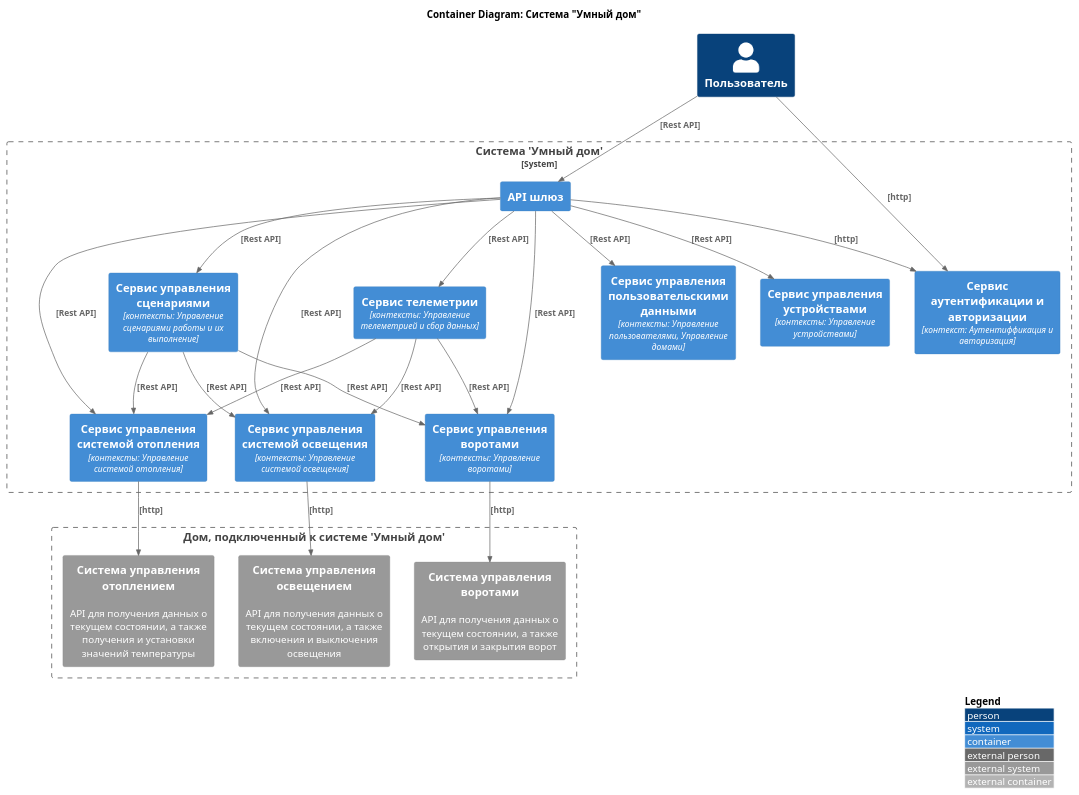
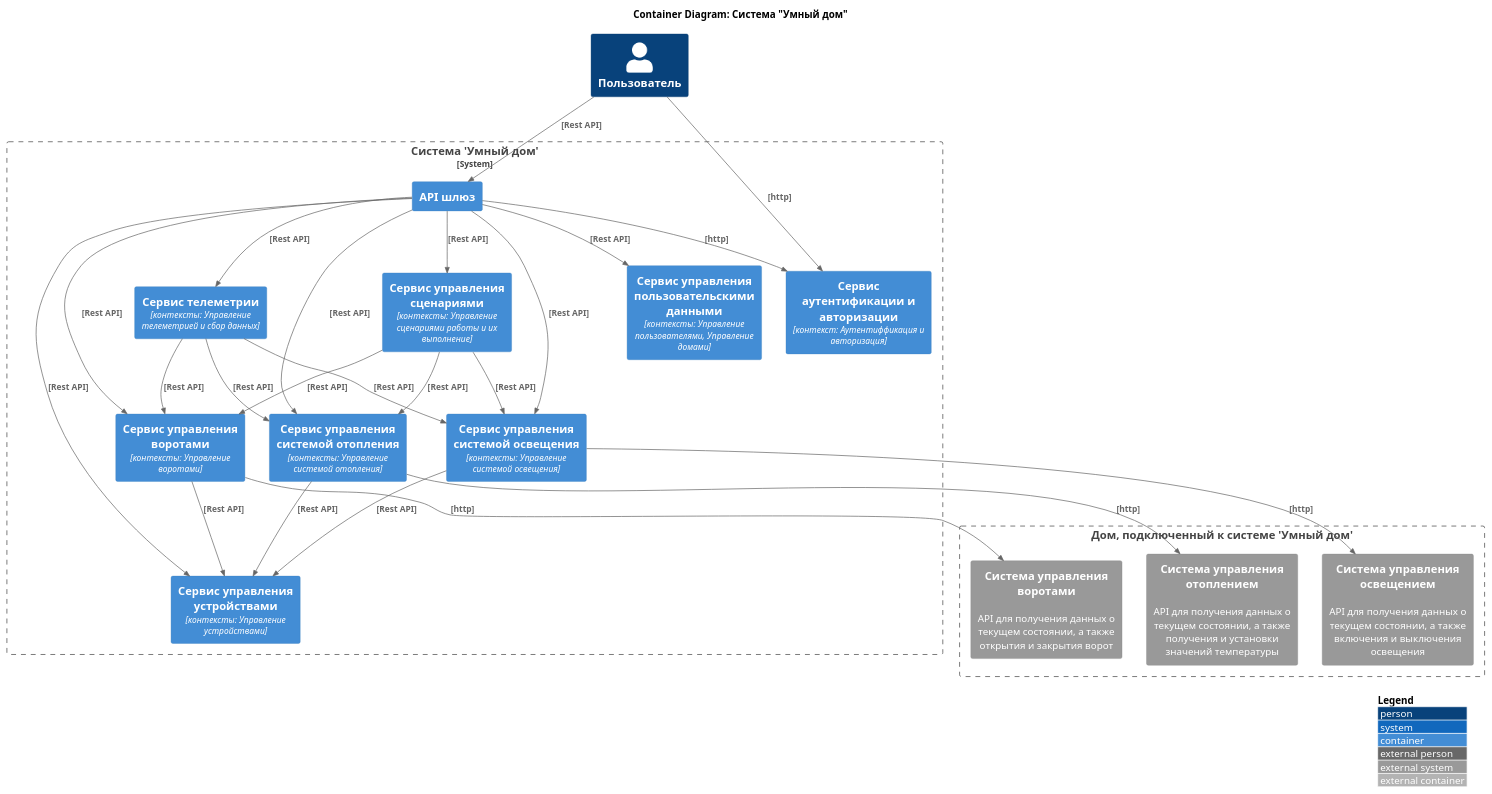
One commit to zergnk/architecture-pro-warmhouse changed the diagram in schemas/C4/container/smarthome_containers_diagram.puml. Above: the diagram before and after it, drawn with PlantUML. The commit also changed 1 other file, not shown here.

```diff
--- a/schemas/C4/container/smarthome_containers_diagram.puml
+++ b/schemas/C4/container/smarthome_containers_diagram.puml
@@ -1,59 +1,62 @@
 @startuml
 title Container Diagram: Система "Умный дом"
 
 top to bottom direction
 
 !include <C4/C4_Container.puml>
 
 LAYOUT_WITH_LEGEND()
 
 Person(user, "Пользователь")
 
 System_Boundary(smart_house, "Система 'Умный дом'") {
     Container("auth_service", "Сервис аутентификации и авторизации", "контекст: Аутентиффикация и авторизация")
     Container("api_gateway", "API шлюз", "")
 
     Container("user_data_management_service", "Сервис управления пользовательскими данными", "контексты: Управление пользователями, Управление домами")
 
     Container("device_management_service", "Сервис управления устройствами", "контексты: Управление устройствами")
     Container("system_heating_management_service", "Сервис управления системой отопления", "контексты: Управление системой отопления")
     Container("system_lightning_management_service", "Сервис управления системой освещения", "контексты: Управление системой освещения")
     Container("gates_management_service", "Сервис управления воротами", "контексты: Управление воротами")
 
     Container("telemetry_service", "Сервис телеметрии", "контексты: Управление телеметрией и сбор данных")
     Container("scenario_management_service", "Сервис управления сценариями", "контексты: Управление сценариями работы и их выполнение")
 }
 
 Boundary(external_house_boundary, "Дом, подключенный к системе 'Умный дом'") {
     System_Ext(heating_system, "Система управления отоплением", "API для получения данных о текущем состоянии, а также получения и установки значений температуры")
     System_Ext(lightning_system, "Система управления освещением", "API для получения данных о текущем состоянии, а также включения и выключения освещения")
     System_Ext(gates_system, "Система управления воротами", "API для получения данных о текущем состоянии, а также открытия и закрытия ворот")
 }
 
 
 
 Rel(user, api_gateway, "[Rest API]")
 Rel(user, auth_service, "[http]")
 Rel(api_gateway, auth_service, "[http]")
 Rel(api_gateway, user_data_management_service, "[Rest API]")
 Rel(api_gateway, device_management_service, "[Rest API]")
 Rel(api_gateway, telemetry_service, "[Rest API]")
 Rel(api_gateway, scenario_management_service, "[Rest API]")
 Rel(api_gateway, system_heating_management_service, "[Rest API]")
 Rel(api_gateway, system_lightning_management_service, "[Rest API]")
 Rel(api_gateway, gates_management_service, "[Rest API]")
 
 Rel(scenario_management_service, system_heating_management_service, "[Rest API]")
 Rel(scenario_management_service, system_lightning_management_service, "[Rest API]")
 Rel(scenario_management_service, gates_management_service, "[Rest API]")
 
 Rel("telemetry_service", system_heating_management_service, "[Rest API]",)
 Rel("telemetry_service", system_lightning_management_service, "[Rest API]")
 Rel("telemetry_service", gates_management_service, "[Rest API]")
 
 Rel(system_heating_management_service, heating_system, "[http]")
 Rel(system_lightning_management_service, lightning_system, "[http]")
 Rel(gates_management_service, gates_system, "[http]")
 
+Rel(system_heating_management_service, "device_management_service", "[Rest API]")
+Rel(system_lightning_management_service, device_management_service, "[Rest API]")
+Rel(gates_management_service, device_management_service, "[Rest API]")
 
 @enduml
```
